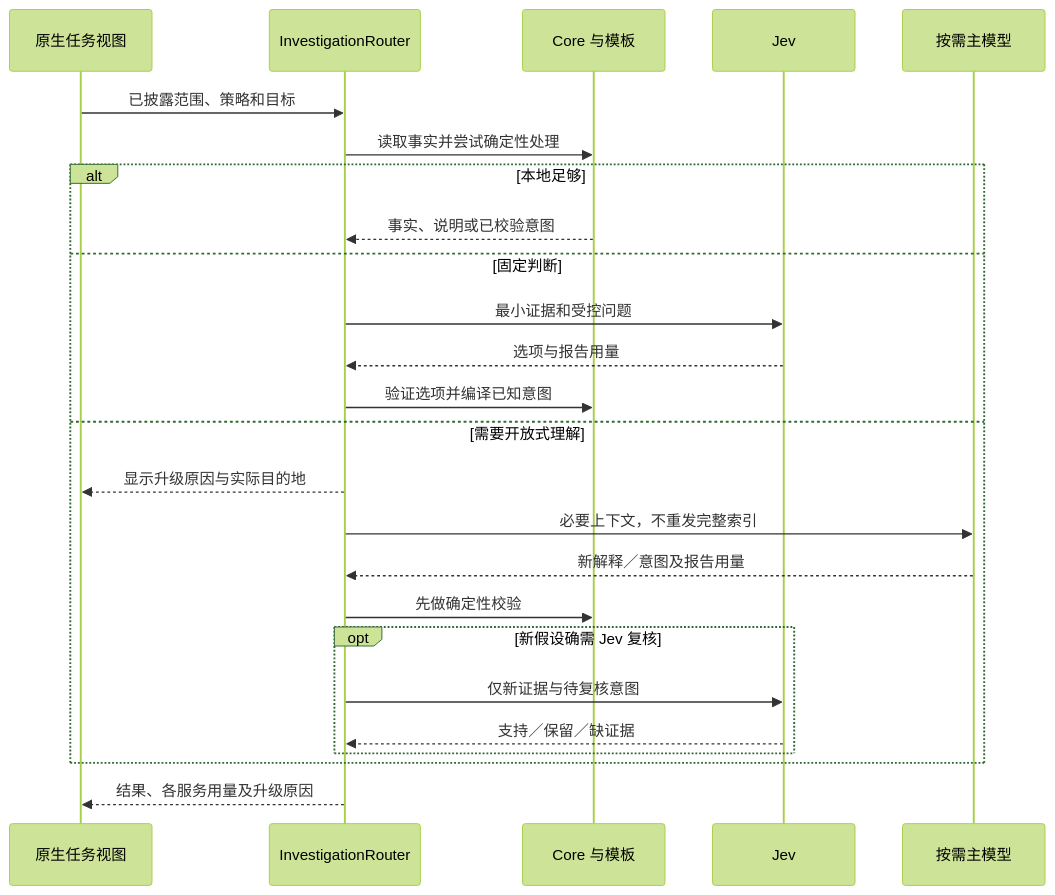
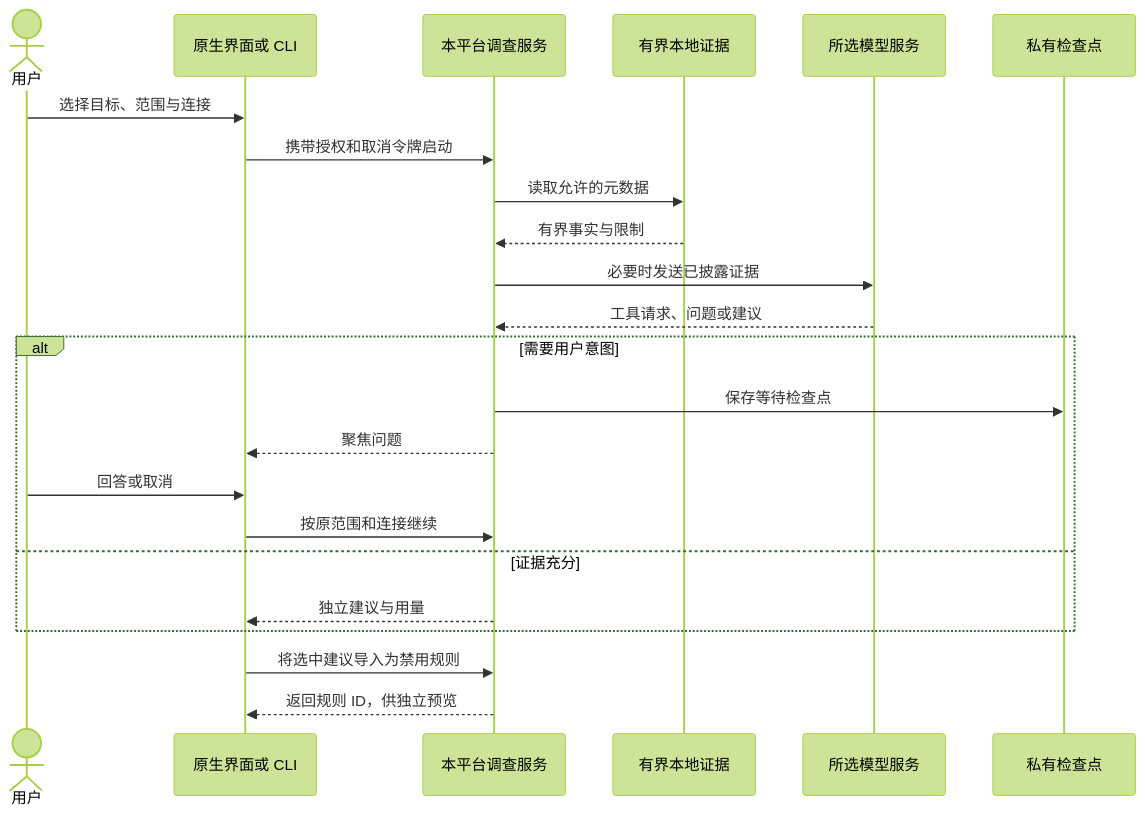
Before and after one commit to limecloud/shou: the third of 4 diagrams in docs/zh-CN/architecture/embedded-ai.md, drawn with Mermaid (forest theme). The commit also changed other lines of this file and 312 other files, not shown here.

````diff
--- a/docs/zh-CN/architecture/embedded-ai.md
+++ b/docs/zh-CN/architecture/embedded-ai.md
@@ -81,27 +55,25 @@
 ```mermaid
 sequenceDiagram
-    participant UI as 原生任务视图
-    participant R as InvestigationRouter
-    participant C as Core 与模板
-    participant J as Jev
-    participant M as 按需主模型
-    UI->>R: 已披露范围、策略和目标
-    R->>C: 读取事实并尝试确定性处理
-    alt 本地足够
-        C-->>R: 事实、说明或已校验意图
-    else 固定判断
-        R->>J: 最小证据和受控问题
-        J-->>R: 选项与报告用量
-        R->>C: 验证选项并编译已知意图
-    else 需要开放式理解
-        R-->>UI: 显示升级原因与实际目的地
-        R->>M: 必要上下文，不重发完整索引
-        M-->>R: 新解释／意图及报告用量
-        R->>C: 先做确定性校验
-        opt 新假设确需 Jev 复核
-            R->>J: 仅新证据与待复核意图
-            J-->>R: 支持／保留／缺证据
-        end
+    actor User as 用户
+    participant UI as 原生界面或 CLI
+    participant Service as 本平台调查服务
+    participant Evidence as 有界本地证据
+    participant Provider as 所选模型服务
+    participant Store as 私有检查点
+    User->>UI: 选择目标、范围与连接
+    UI->>Service: 携带授权和取消令牌启动
+    Service->>Evidence: 读取允许的元数据
+    Evidence-->>Service: 有界事实与限制
+    Service->>Provider: 必要时发送已披露证据
+    Provider-->>Service: 工具请求、问题或建议
+    alt 需要用户意图
+        Service->>Store: 保存等待检查点
+        Service-->>UI: 聚焦问题
+        User->>UI: 回答或取消
+        UI->>Service: 按原范围和连接继续
+    else 证据充分
+        Service-->>UI: 独立建议与用量
     end
-    R-->>UI: 结果、各服务用量及升级原因
+    UI->>Service: 将选中建议导入为禁用规则
+    Service-->>UI: 返回规则 ID，供独立预览
 ```
````
